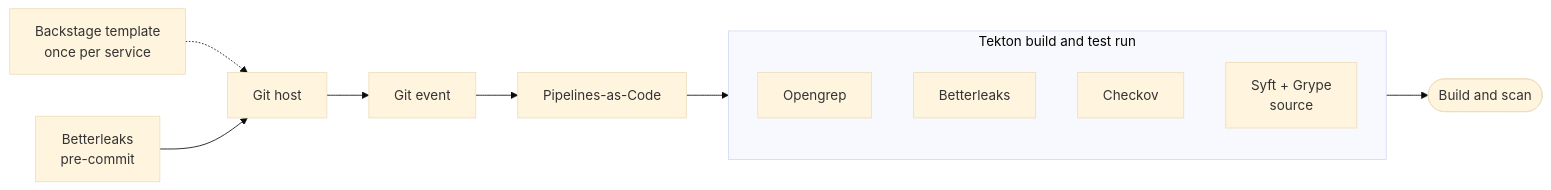
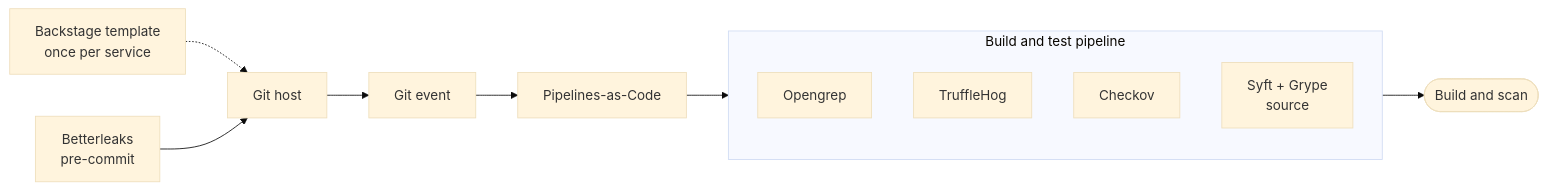
Before and after one commit to andymotta/Platform-Engineering: the third of 7 diagrams in content/en/docs/reference-architectures/open-source-ssdf-cicd.md, drawn with Mermaid (base theme). The commit also changed other lines of this file, not shown here.

````diff
--- a/content/en/docs/reference-architectures/open-source-ssdf-cicd.md
+++ b/content/en/docs/reference-architectures/open-source-ssdf-cicd.md
@@ -107,13 +125,13 @@
 ```mermaid
 flowchart LR
-    subgraph BT["Tekton build and test run"]
+    subgraph BT["Build and test pipeline"]
         direction TB
         S["Opengrep"]
-        T["Betterleaks"]
+        T["TruffleHog"]
         K["Checkov"]
         SG["Syft + Grype<br/>source"]
     end
     O["Backstage template<br/>once per service"] -.-> GH["Git host"] --> E["Git event"] --> P["Pipelines-as-Code"] --> BT
     PC["Betterleaks<br/>pre-commit"] --> GH
     BT --> N(["Build and scan"])
 ```
````
